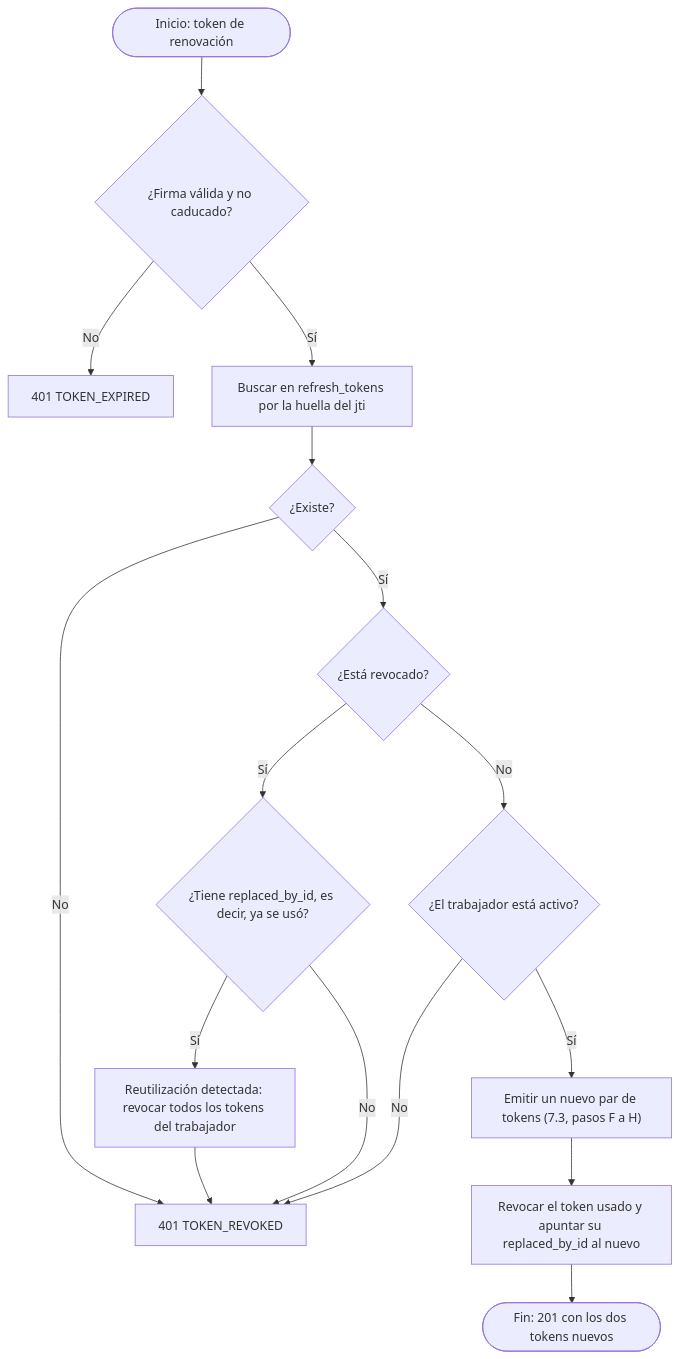
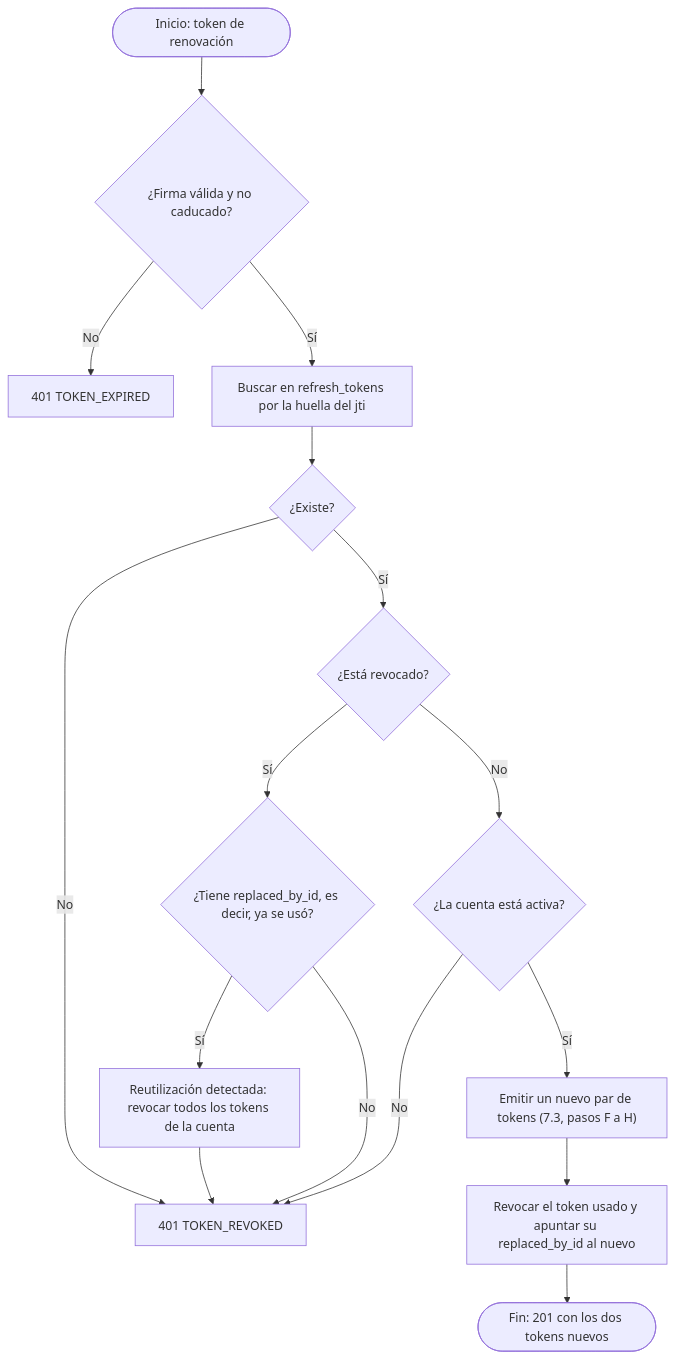
One commit to maicolalmaralestamayo/MiRuta changed the fourth of 30 diagrams in docs/07-algoritmos.md. Above: the diagram before and after it, drawn with Mermaid. The commit also changed other lines of this file and 10 other files, not shown here.

````diff
--- a/docs/07-algoritmos.md
+++ b/docs/07-algoritmos.md
@@ -120,18 +112,18 @@
 ```mermaid
 flowchart TD
     A(["Inicio: token de renovación"]) --> B{"¿Firma válida y no caducado?"}
     B -->|No| X1["401 TOKEN_EXPIRED"]
     B -->|Sí| C["Buscar en refresh_tokens por la huella del jti"]
     C --> D{"¿Existe?"}
     D -->|No| X2["401 TOKEN_REVOKED"]
     D -->|Sí| E{"¿Está revocado?"}
     E -->|Sí| F{"¿Tiene replaced_by_id, es decir, ya se usó?"}
-    F -->|Sí| G["Reutilización detectada: revocar todos los tokens del trabajador"]
+    F -->|Sí| G["Reutilización detectada: revocar todos los tokens de la cuenta"]
     G --> X2
     F -->|No| X2
-    E -->|No| H{"¿El trabajador está activo?"}
+    E -->|No| H{"¿La cuenta está activa?"}
     H -->|No| X2
     H -->|Sí| I["Emitir un nuevo par de tokens (7.3, pasos F a H)"]
     I --> J["Revocar el token usado y apuntar su replaced_by_id al nuevo"]
     J --> Z(["Fin: 201 con los dos tokens nuevos"])
 ```
````
